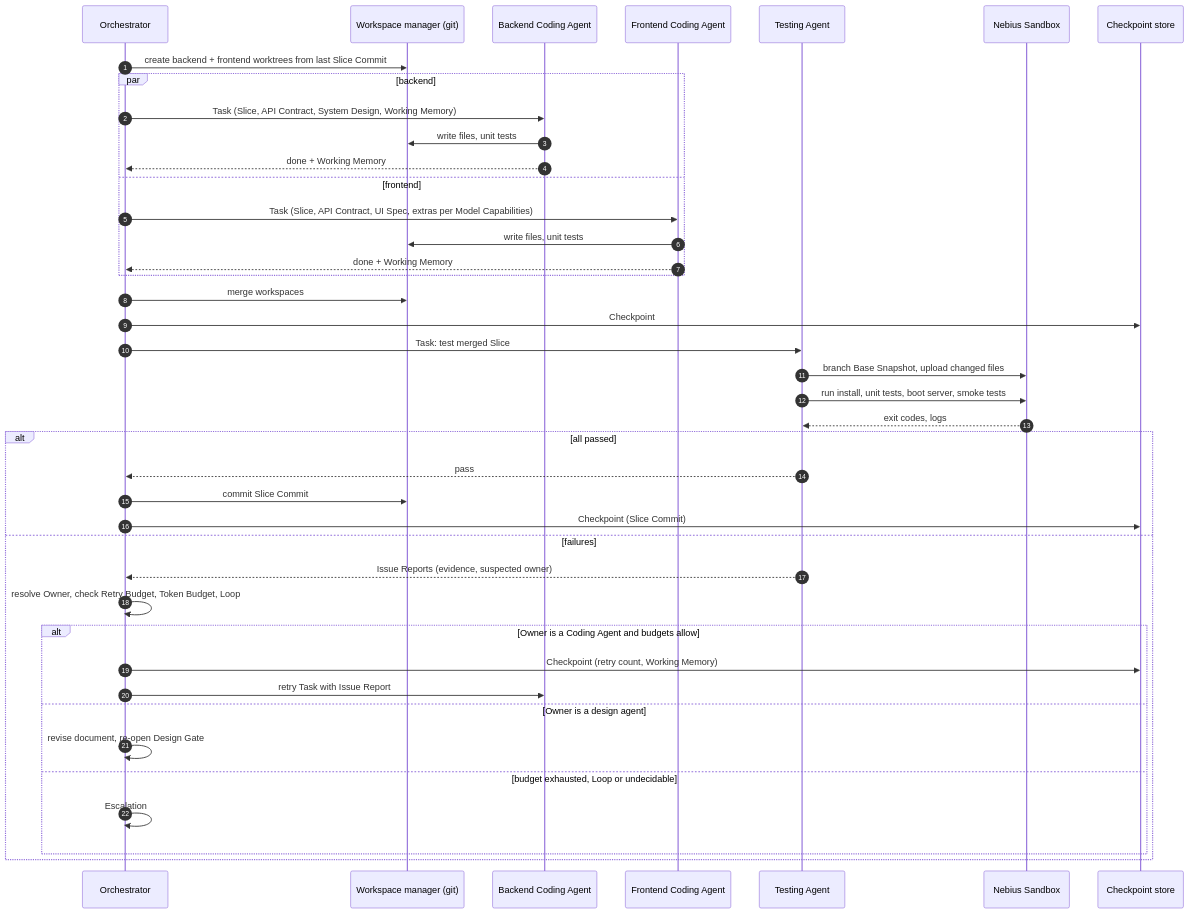
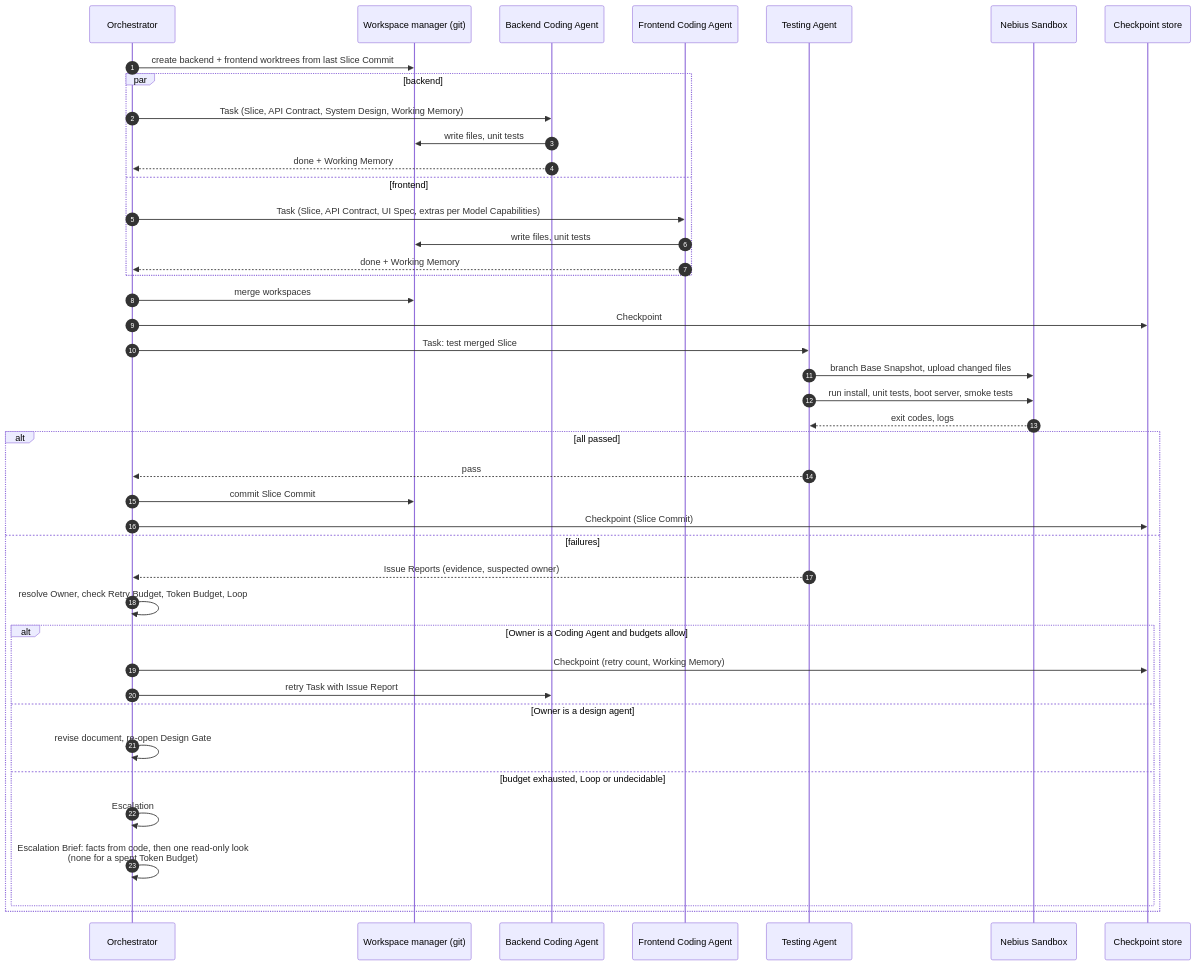
One commit to ChinGuang/sdlc-code changed the seventh of 10 diagrams in docs/design/uml.md. Above: the diagram before and after it, drawn with Mermaid. The commit also changed other lines of this file and 32 other files, not shown here.

````diff
--- a/docs/design/uml.md
+++ b/docs/design/uml.md
@@ -419,44 +420,45 @@
 ```mermaid
 sequenceDiagram
   autonumber
   participant O as Orchestrator
   participant W as Workspace manager (git)
   participant BE as Backend Coding Agent
   participant FE as Frontend Coding Agent
   participant T as Testing Agent
   participant S as Nebius Sandbox
   participant DB as Checkpoint store
 
   O->>W: create backend + frontend worktrees from last Slice Commit
   par backend
     O->>BE: Task (Slice, API Contract, System Design, Working Memory)
     BE->>W: write files, unit tests
     BE-->>O: done + Working Memory
   and frontend
     O->>FE: Task (Slice, API Contract, UI Spec, extras per Model Capabilities)
     FE->>W: write files, unit tests
     FE-->>O: done + Working Memory
   end
   O->>W: merge workspaces
   O->>DB: Checkpoint
   O->>T: Task: test merged Slice
   T->>S: branch Base Snapshot, upload changed files
   T->>S: run install, unit tests, boot server, smoke tests
   S-->>T: exit codes, logs
   alt all passed
     T-->>O: pass
     O->>W: commit Slice Commit
     O->>DB: Checkpoint (Slice Commit)
   else failures
     T-->>O: Issue Reports (evidence, suspected owner)
     O->>O: resolve Owner, check Retry Budget, Token Budget, Loop
     alt Owner is a Coding Agent and budgets allow
       O->>DB: Checkpoint (retry count, Working Memory)
       O->>BE: retry Task with Issue Report
     else Owner is a design agent
       O->>O: revise document, re-open Design Gate
     else budget exhausted, Loop or undecidable
       O->>O: Escalation
+      O->>O: Escalation Brief: facts from code, then one read-only look<br/>(none for a spent Token Budget)
     end
   end
 ```
````
